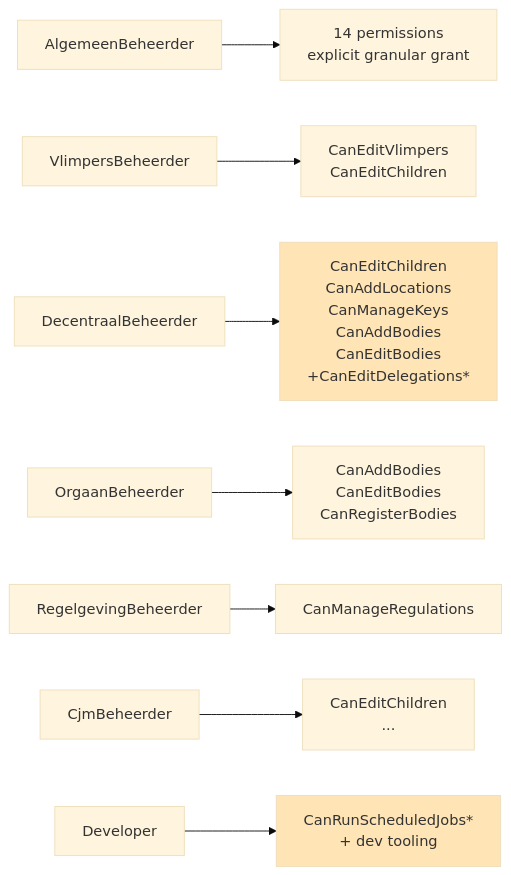
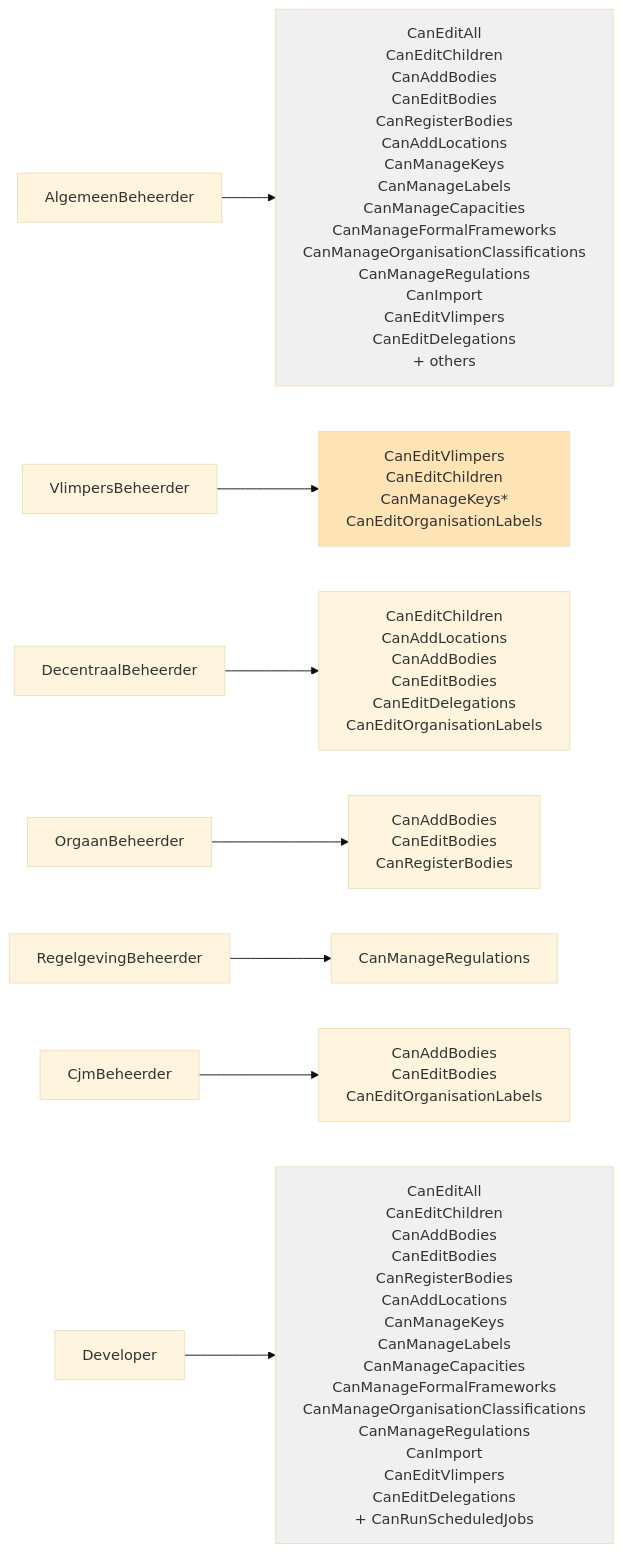
One commit to Informatievlaanderen/organisation-registry changed the third of 7 diagrams in specs/009-permission-based-authz/security-architecture.md. Above: the diagram before and after it, drawn with Mermaid (base theme). The commit also changed other lines of this file and 3 other files, not shown here.

````diff
--- a/specs/009-permission-based-authz/security-architecture.md
+++ b/specs/009-permission-based-authz/security-architecture.md
@@ -154,13 +164,16 @@
 ```mermaid
 graph LR
-    AB[AlgemeenBeheerder] --> P_ALL[14 permissions<br/>explicit granular grant]
-    VB[VlimpersBeheerder] --> P_V[CanEditVlimpers<br/>CanEditChildren]
-    DB[DecentraalBeheerder] --> P_D[CanEditChildren<br/>CanAddLocations<br/>CanManageKeys<br/>CanAddBodies<br/>CanEditBodies<br/>+CanEditDelegations*]
-    OB[OrgaanBeheerder] --> P_O[CanAddBodies<br/>CanEditBodies<br/>CanRegisterBodies]
-    RB[RegelgevingBeheerder] --> P_R[CanManageRegulations]
-    CJM[CjmBeheerder] --> P_C[CanEditChildren<br/>...]
-    DEV[Developer] --> P_DEV[CanRunScheduledJobs*<br/>+ dev tooling]
+    AB[AlgemeenBeheerder] --> P_AB["CanEditAll<br/>CanEditChildren<br/>CanAddBodies<br/>CanEditBodies<br/>CanRegisterBodies<br/>CanAddLocations<br/>CanManageKeys<br/>CanManageLabels<br/>CanManageCapacities<br/>CanManageFormalFrameworks<br/>CanManageOrganisationClassifications<br/>CanManageRegulations<br/>CanImport<br/>CanEditVlimpers<br/>CanEditDelegations<br/>+ others"]
+    VB[VlimpersBeheerder] --> P_V["CanEditVlimpers<br/>CanEditChildren<br/>CanManageKeys*<br/>CanEditOrganisationLabels"]
+    DB[DecentraalBeheerder] --> P_D["CanEditChildren<br/>CanAddLocations<br/>CanAddBodies<br/>CanEditBodies<br/>CanEditDelegations<br/>CanEditOrganisationLabels"]
+    OB[OrgaanBeheerder] --> P_O["CanAddBodies<br/>CanEditBodies<br/>CanRegisterBodies"]
+    RB[RegelgevingBeheerder] --> P_R["CanManageRegulations"]
+    CJM[CjmBeheerder] --> P_C["CanAddBodies<br/>CanEditBodies<br/>CanEditOrganisationLabels"]
+    DEV[Developer] --> P_DEV["CanEditAll<br/>CanEditChildren<br/>CanAddBodies<br/>CanEditBodies<br/>CanRegisterBodies<br/>CanAddLocations<br/>CanManageKeys<br/>CanManageLabels<br/>CanManageCapacities<br/>CanManageFormalFrameworks<br/>CanManageOrganisationClassifications<br/>CanManageRegulations<br/>CanImport<br/>CanEditVlimpers<br/>CanEditDelegations<br/>+ CanRunScheduledJobs"]
 
-    classDef pending fill:#ffe4b5
-    class P_D,P_DEV pending
+    classDef restricted fill:#ffe4b5
+    classDef note fill:#f0f0f0
+    class P_V restricted
+    class P_AB note
+    class P_DEV note
 ```
````
